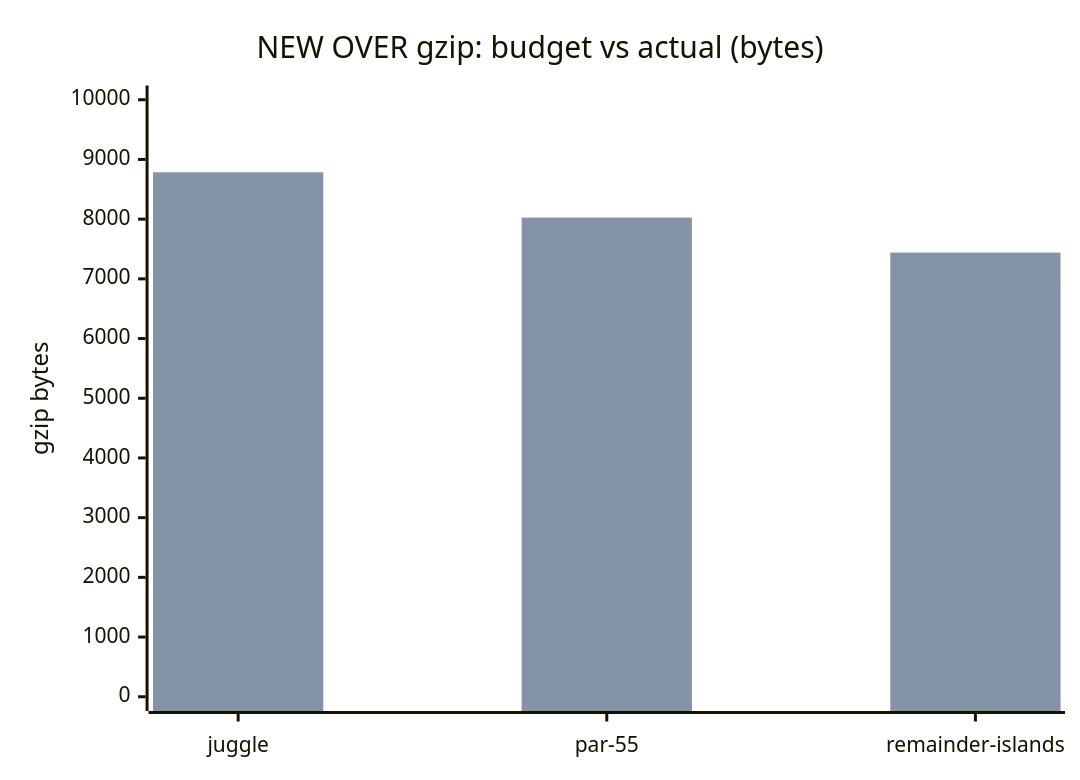
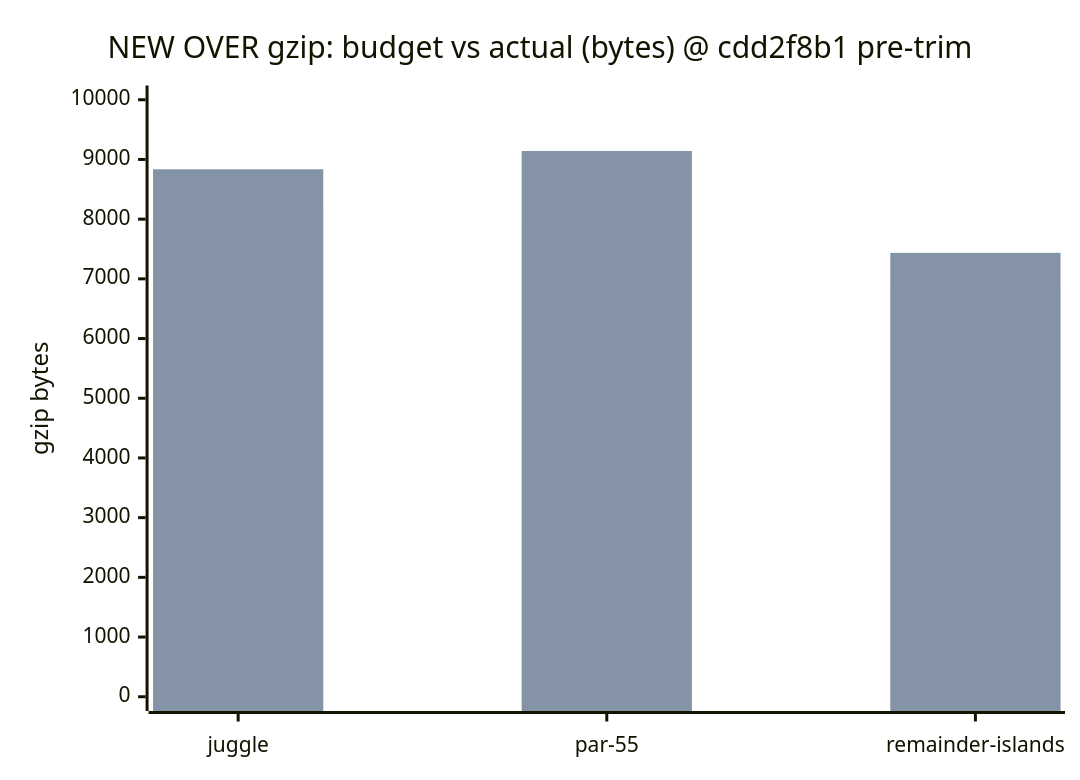
One commit to fuzzywigg/math-pentathlon changed the first of 2 diagrams in docs/dev/bundle-over-2026-10-09.md. Above: the diagram before and after it, drawn with Mermaid. The commit also changed other lines of this file and 58 other files, not shown here.

````diff
--- a/docs/dev/bundle-over-2026-10-09.md
+++ b/docs/dev/bundle-over-2026-10-09.md
@@ -65,8 +79,8 @@
 ```mermaid
 xychart-beta
-    title "NEW OVER gzip: budget vs actual (bytes)"
+    title "NEW OVER gzip: budget vs actual (bytes) @ cdd2f8b1 pre-trim"
     x-axis ["juggle", "par-55", "remainder-islands"]
     y-axis "gzip bytes" 0 --> 10000
     bar [8181, 7929, 6878]
-    bar [8785, 8026, 7440]
+    bar [8835, 9142, 7435]
 ```
````
